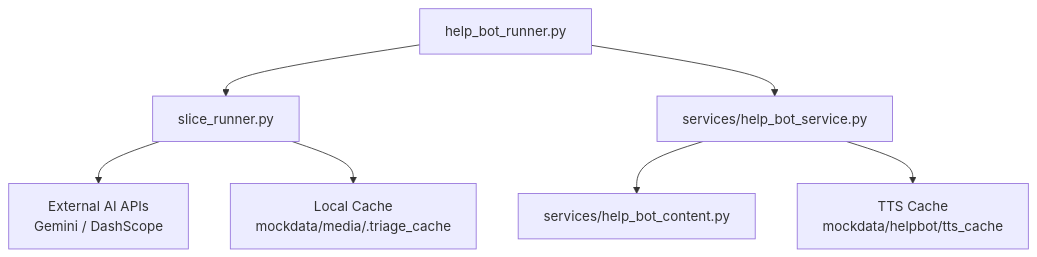
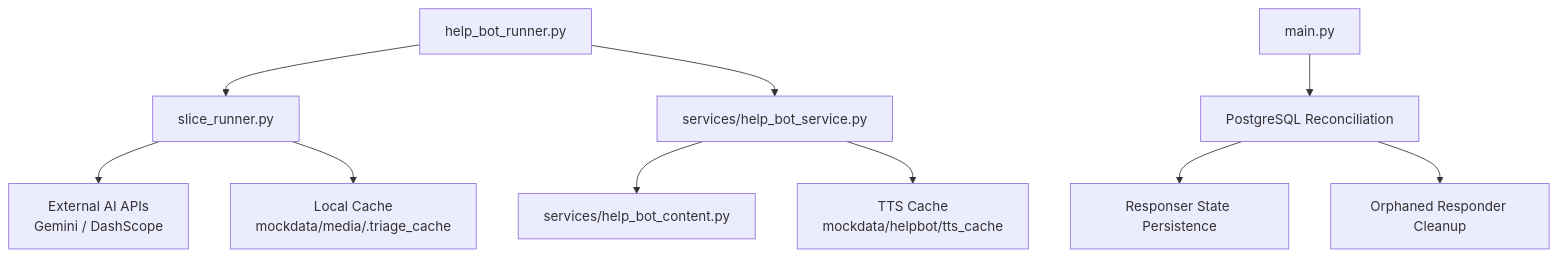
Before and after one commit to M-Rumman/LifeLine-Ride: the first of 10 diagrams in .qoder/repowiki/en/content/Deployment & Operations.md, drawn with Mermaid. The commit also changed other lines of this file and 727 other files, not shown here.

````diff
--- a/.qoder/repowiki/en/content/Deployment & Operations.md
+++ b/.qoder/repowiki/en/content/Deployment & Operations.md
@@ -38,9 +54,12 @@
 ```mermaid
 graph TB
 A["help_bot_runner.py"] --> B["slice_runner.py"]
 A --> C["services/help_bot_service.py"]
 C --> D["services/help_bot_content.py"]
 B --> E["External AI APIs<br/>Gemini / DashScope"]
 B --> F["Local Cache<br/>mockdata/media/.triage_cache"]
 C --> G["TTS Cache<br/>mockdata/helpbot/tts_cache"]
+H["main.py"] --> I["PostgreSQL Reconciliation"]
+I --> J["Responser State Persistence"]
+I --> K["Orphaned Responder Cleanup"]
 ```
````
